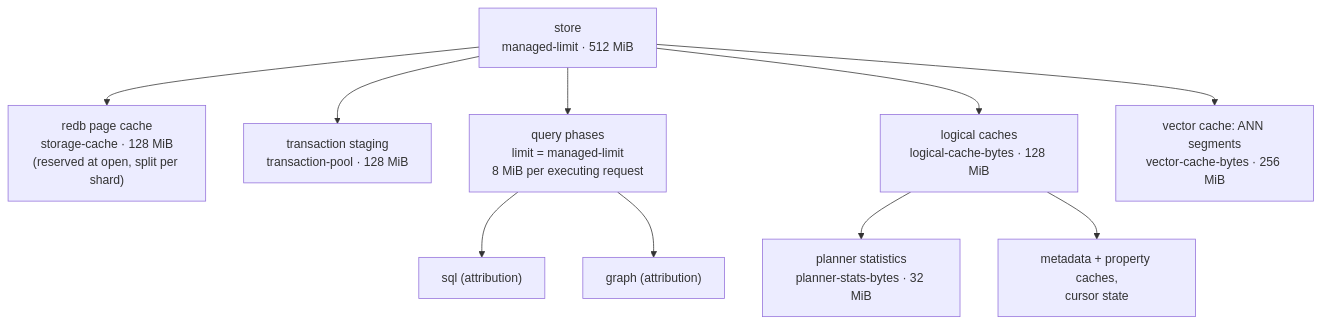
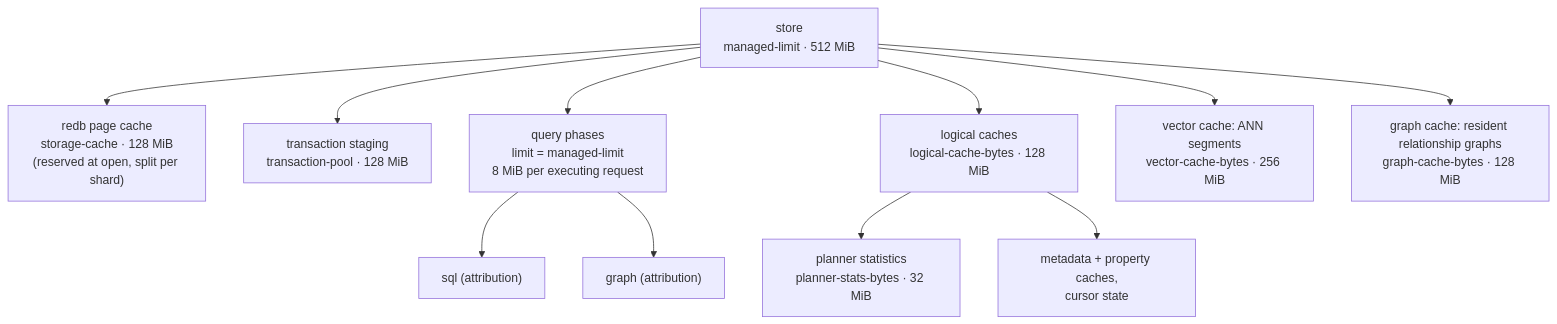
The first of 2 diagrams in docs/manual/architecture/resource-governance.md (rush-db/rushdb), drawn with Mermaid before and after one commit. The commit also changed other lines of this file and 136 other files, not shown here.

````diff
--- a/docs/manual/architecture/resource-governance.md
+++ b/docs/manual/architecture/resource-governance.md
@@ -32,13 +32,14 @@
 ```mermaid
 flowchart TD
     ROOT["store<br/>managed-limit · 512 MiB"]
     ROOT --> PC["redb page cache<br/>storage-cache · 128 MiB<br/>(reserved at open, split per shard)"]
     ROOT --> TX["transaction staging<br/>transaction-pool · 128 MiB"]
     ROOT --> PH["query phases<br/>limit = managed-limit<br/>8 MiB per executing request"]
     ROOT --> LC["logical caches<br/>logical-cache-bytes · 128 MiB"]
     ROOT --> VEC["vector cache: ANN segments<br/>vector-cache-bytes · 256 MiB"]
+    ROOT --> GRAPH["graph cache: resident relationship graphs<br/>graph-cache-bytes · 128 MiB"]
     PH --> SQL["sql (attribution)"]
     PH --> GR["graph (attribution)"]
     LC --> PS["planner statistics<br/>planner-stats-bytes · 32 MiB"]
     LC --> MC["metadata + property caches,<br/>cursor state"]
 ```
````
